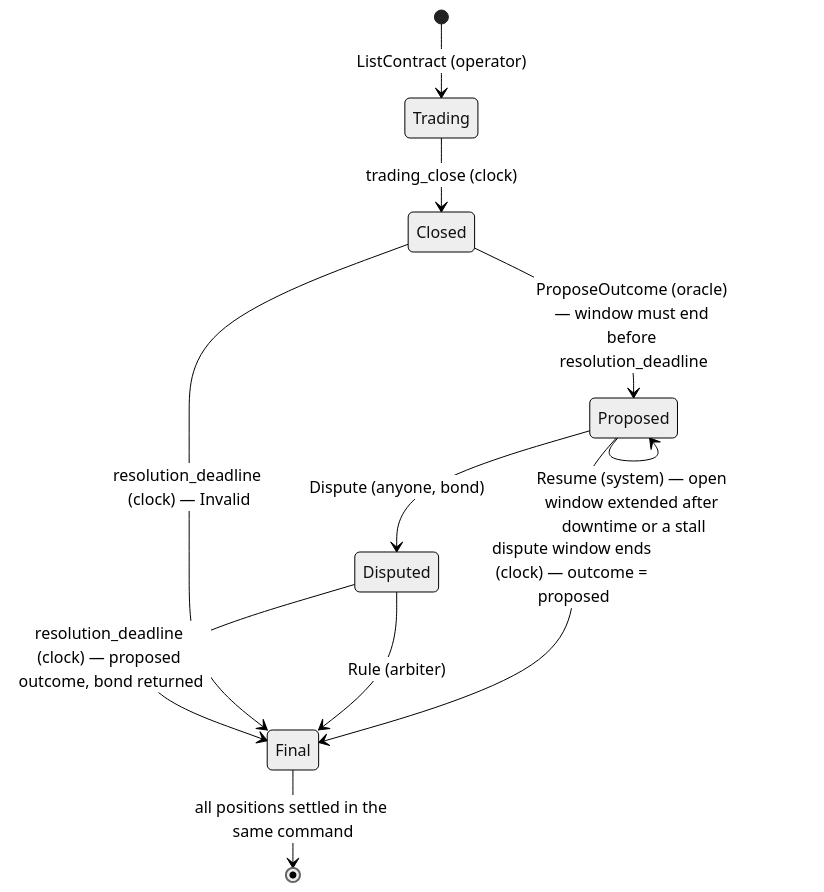
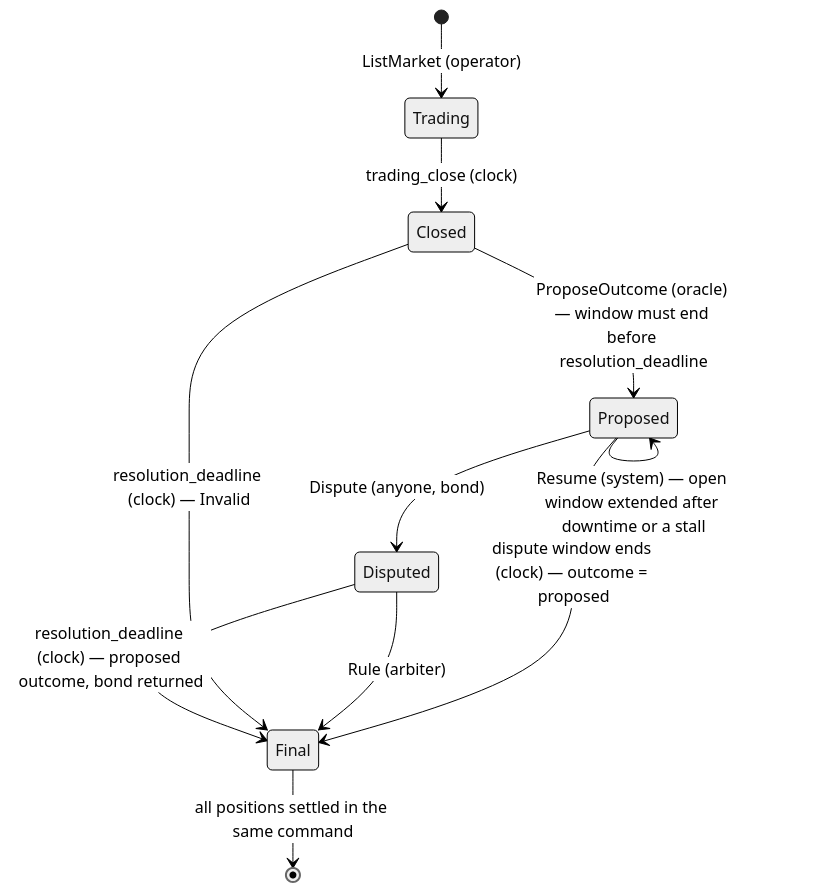
One commit to hmdsefi/rfq changed the third of 3 diagrams in docs/specs/engine.md. Above: the diagram before and after it, drawn with Mermaid (neutral theme). The commit also changed other lines of this file and 34 other files, not shown here.

First line of the commit message:
docs: market, not contract

````diff
--- a/docs/specs/engine.md
+++ b/docs/specs/engine.md
@@ -143,13 +143,13 @@
 ```mermaid
 stateDiagram-v2
-  [*] --> Trading: ListContract (operator)
+  [*] --> Trading: ListMarket (operator)
   Trading --> Closed: trading_close (clock)
   Closed --> Proposed: ProposeOutcome (oracle) — window must end before resolution_deadline
   Proposed --> Proposed: Resume (system) — open window extended after downtime or a stall
   Proposed --> Final: dispute window ends (clock) — outcome = proposed
   Proposed --> Disputed: Dispute (anyone, bond)
   Disputed --> Final: Rule (arbiter)
   Closed --> Final: resolution_deadline (clock) — Invalid
   Disputed --> Final: resolution_deadline (clock) — proposed outcome, bond returned
   Final --> [*]: all positions settled in the same command
 ```
````
